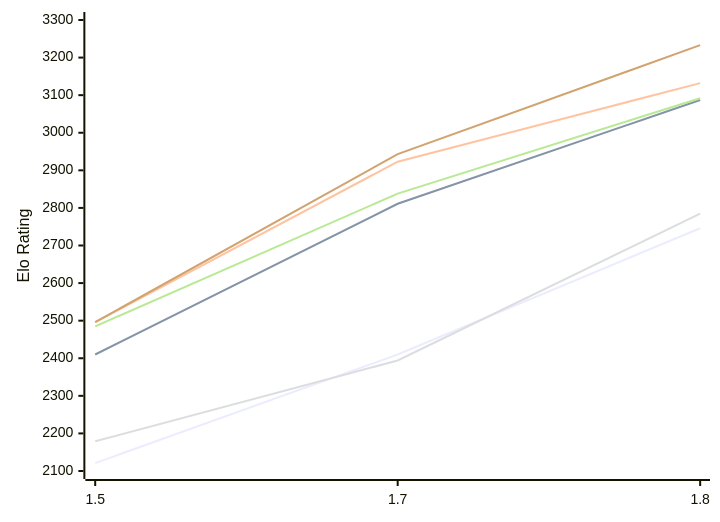
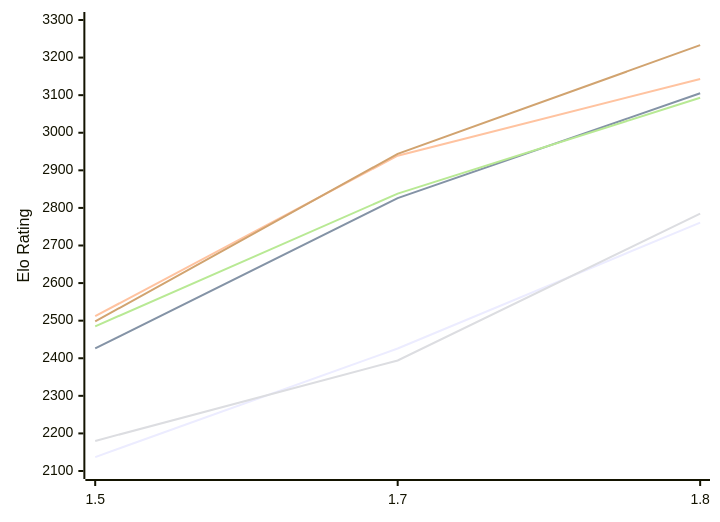
Before and after one commit to computer-chess-index/cci: the first of 2 diagrams in engines/Facon.md, drawn with Mermaid. The commit also changed other lines of this file, not shown here.

Commit message:
Update CCI Ratings (ELO VLTC) - 2026-11-11

````diff
--- a/engines/Facon.md
+++ b/engines/Facon.md
@@ -54,12 +54,12 @@
 ```mermaid
 %%{init: {"theme":"base","themeVariables":{"seriesColors:['#a3a3a3','#222221','#faa371']}}}%%
 xychart-beta
   x-axis ["1.5", "1.7", "1.8"]
   y-axis "Elo Rating" 2100 --> 3300
-  line "E1: STC (8.0+0.08s)" [2121, 2410, 2746]
-  line "E1: LTC (60.0+0.60s)" [2410, 2811, 3087]
-  line "E1: VLTC (2m24s+1.12s)" [2496, 2923, 3132]
-  line "P1: STC (8.0+0.08s)" [2179, 2394, 2785]
-  line "P1: LTC (60.0+0.60s)" [2485, 2838, 3092]
-  line "P1: VLTC (2m24s+1.12s)" [2496, 2943, 3233]
+  line "E1: STC (8.0+0.08s)" [2137, 2426, 2761]
+  line "E1: LTC (60.0+0.60s)" [2426, 2826, 3105]
+  line "E1: VLTC (2m24s+1.12s)" [2512, 2939, 3143]
+  line "P1: STC (8.0+0.08s)" [2180, 2394, 2785]
+  line "P1: LTC (60.0+0.60s)" [2485, 2838, 3093]
+  line "P1: VLTC (2m24s+1.12s)" [2498, 2944, 3233]
 ```
````
